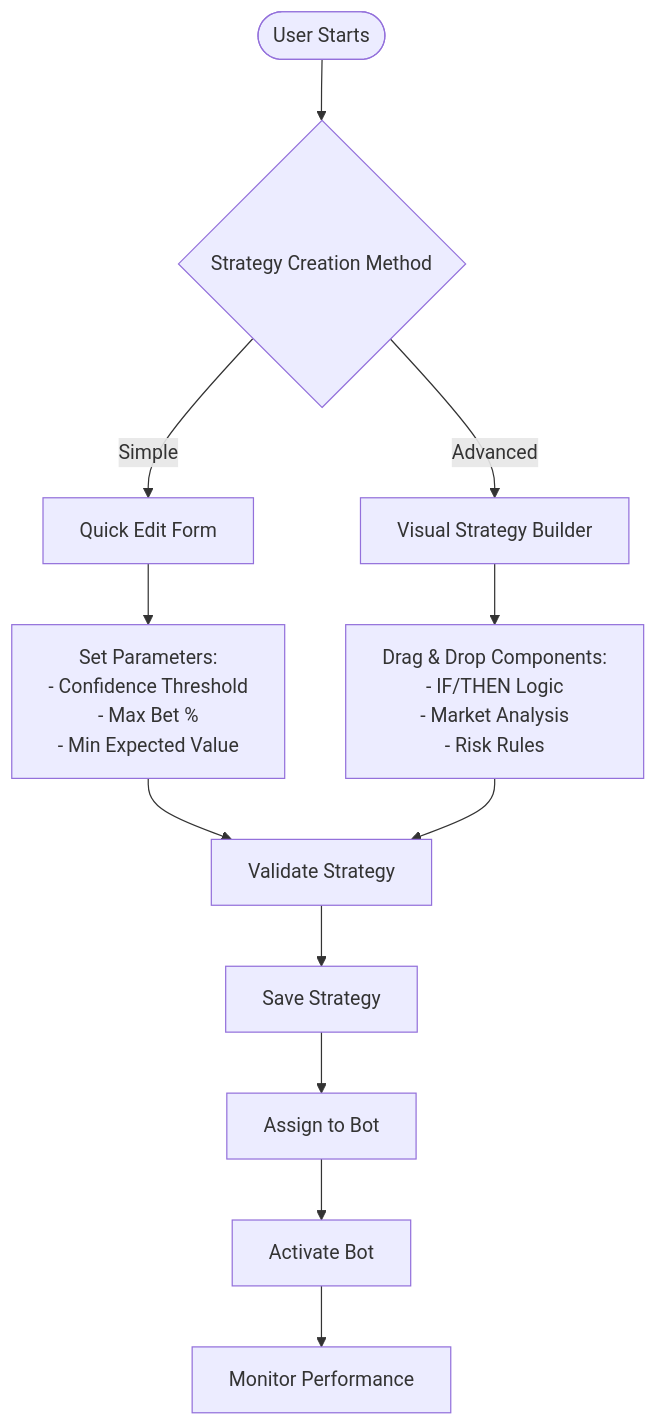
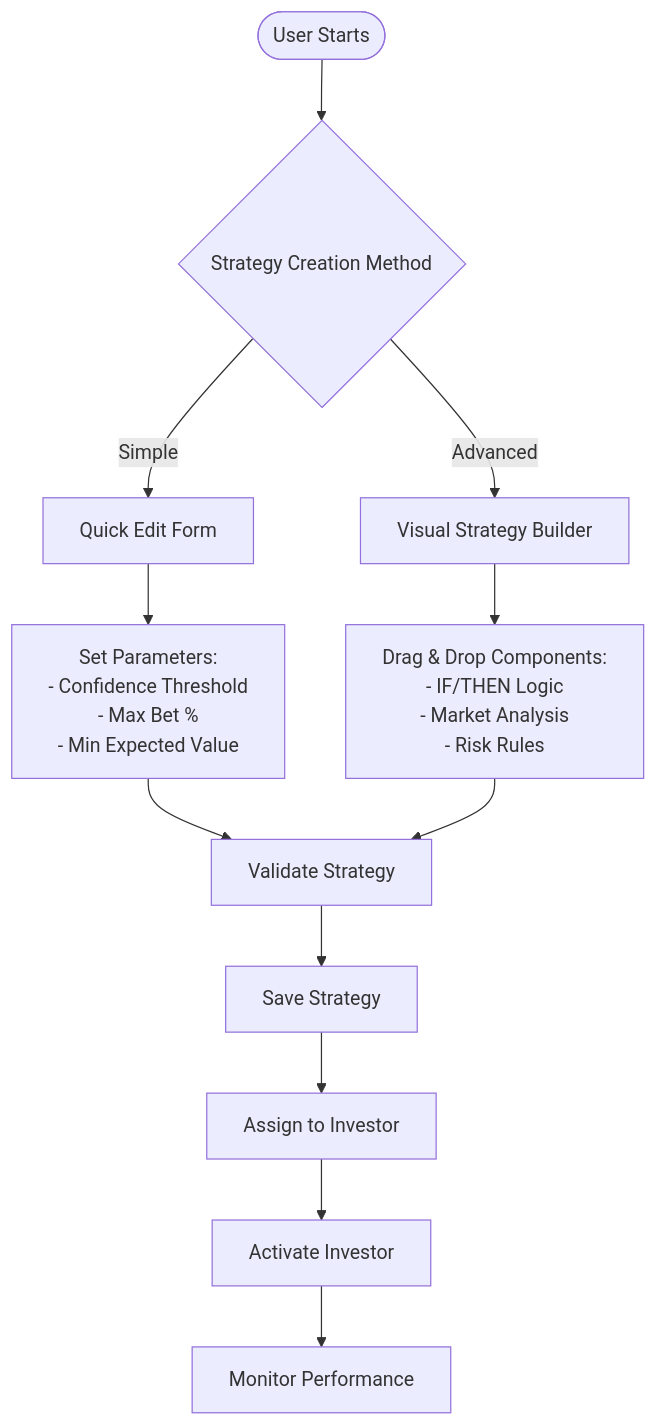
Before and after one commit to jslimak2/SI-HQ: the third of 10 diagrams in ARCHITECTURE_AND_SYSTEM_DESIGN.md, drawn with Mermaid. The commit also changed other lines of this file and 20 other files, not shown here.

Commit message:
Update terminology from 'bot' to 'investor' throughout codebase

````diff
--- a/ARCHITECTURE_AND_SYSTEM_DESIGN.md
+++ b/ARCHITECTURE_AND_SYSTEM_DESIGN.md
@@ -203,18 +203,18 @@
 ```mermaid
 flowchart TD
     START([User Starts]) --> CHOICE{Strategy Creation Method}
     
     CHOICE -->|Simple| EDIT[Quick Edit Form]
     CHOICE -->|Advanced| BUILDER[Visual Strategy Builder]
     
     EDIT --> PARAMS[Set Parameters:<br/>- Confidence Threshold<br/>- Max Bet %<br/>- Min Expected Value]
     BUILDER --> VISUAL[Drag & Drop Components:<br/>- IF/THEN Logic<br/>- Market Analysis<br/>- Risk Rules]
     
     PARAMS --> VALIDATE[Validate Strategy]
     VISUAL --> VALIDATE
     
     VALIDATE --> SAVE[Save Strategy]
-    SAVE --> ASSIGN[Assign to Bot]
-    ASSIGN --> ACTIVATE[Activate Bot]
+    SAVE --> ASSIGN[Assign to Investor]
+    ASSIGN --> ACTIVATE[Activate Investor]
     ACTIVATE --> MONITOR[Monitor Performance]
 ```
````
